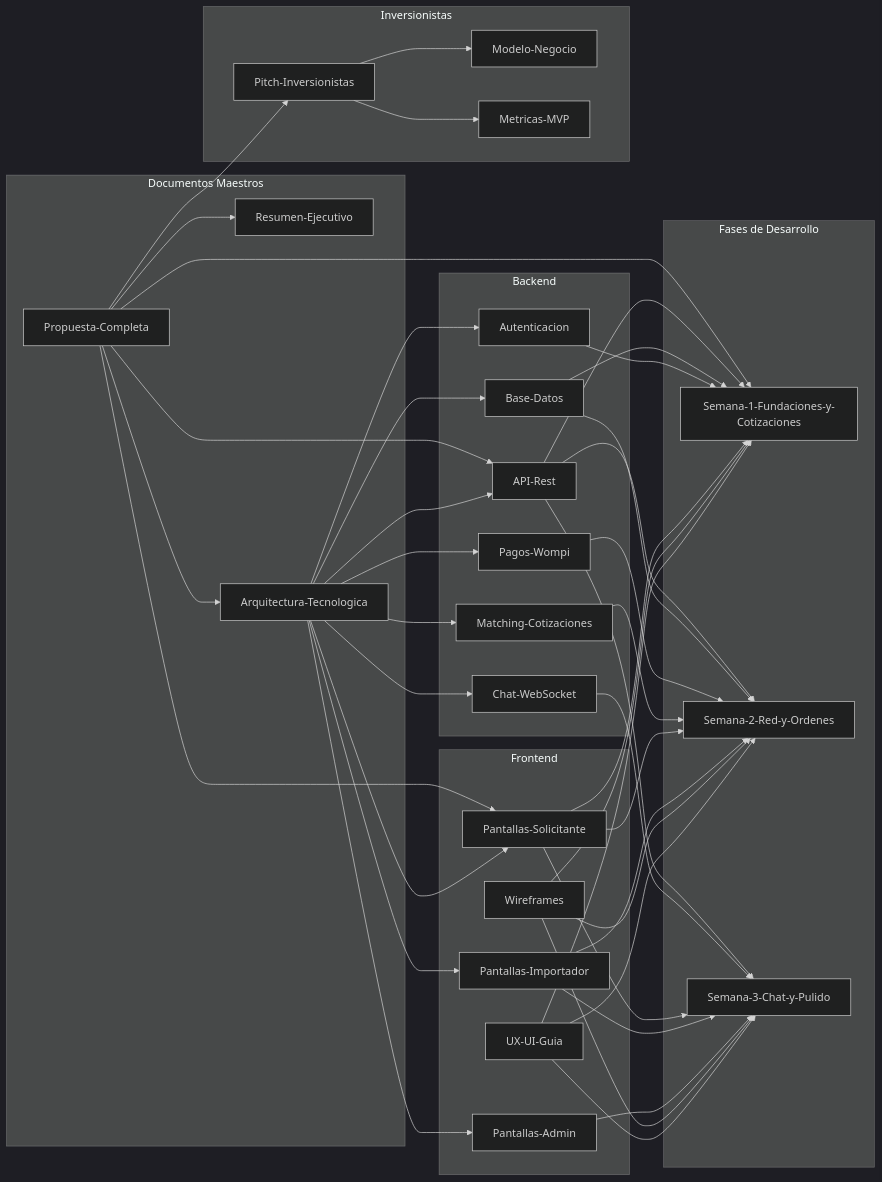
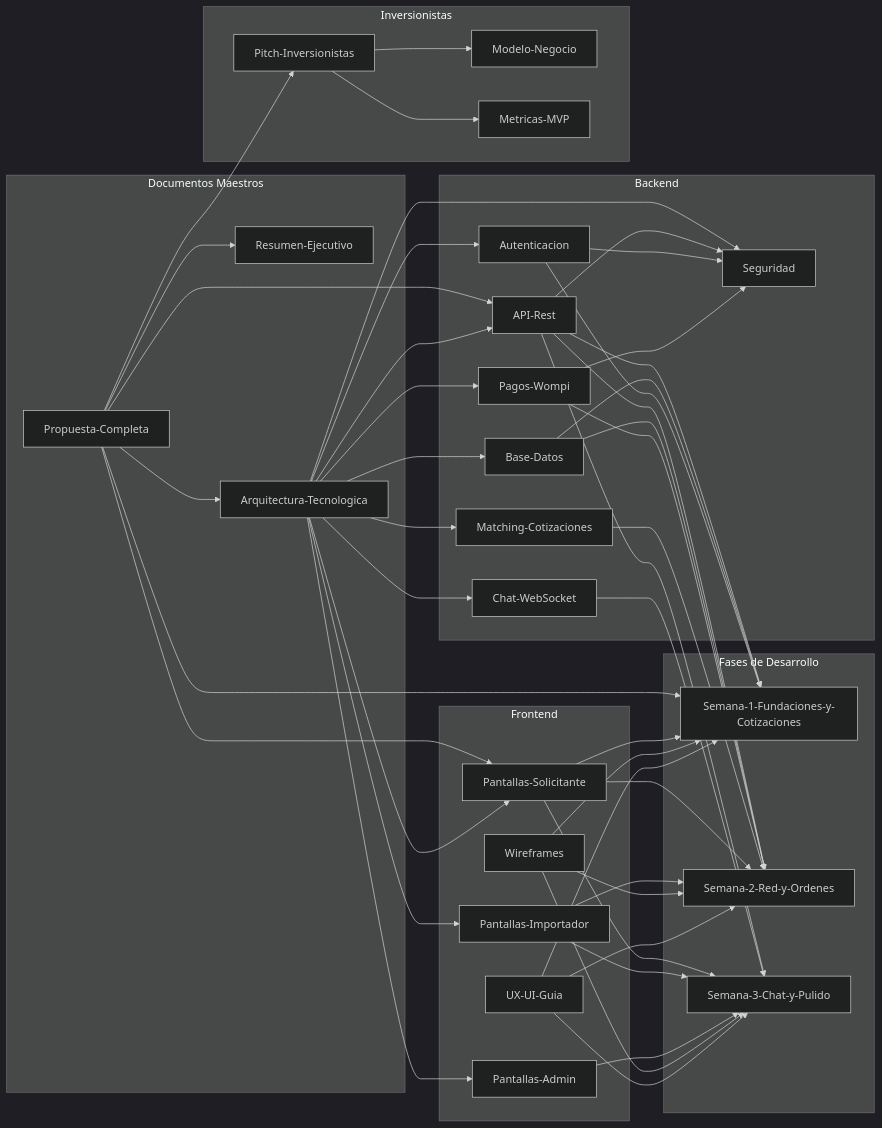
Before and after one commit to JuanEstebanAstaiza/ImportacionesQ8: the first of 9 diagrams in ImportacionesQ8V/00-Index-y-Navegacion/Mapa-Conexiones-Obsidian.md, drawn with Mermaid (dark theme). The commit also changed 48 other files, not shown here.

```diff
--- a/ImportacionesQ8V/00-Index-y-Navegacion/Mapa-Conexiones-Obsidian.md
+++ b/ImportacionesQ8V/00-Index-y-Navegacion/Mapa-Conexiones-Obsidian.md
@@ -17,6 +17,7 @@
         G[Pagos-Wompi]
         H[Chat-WebSocket]
         I[Matching-Cotizaciones]
+        U[Seguridad]
     end
 
     subgraph Frontend["Frontend"]
@@ -52,6 +53,10 @@
     C --> G
     C --> H
     C --> I
+    C --> U
+    D --> U
+    F --> U
+    G --> U
     C --> J
     C --> K
     C --> L
```
